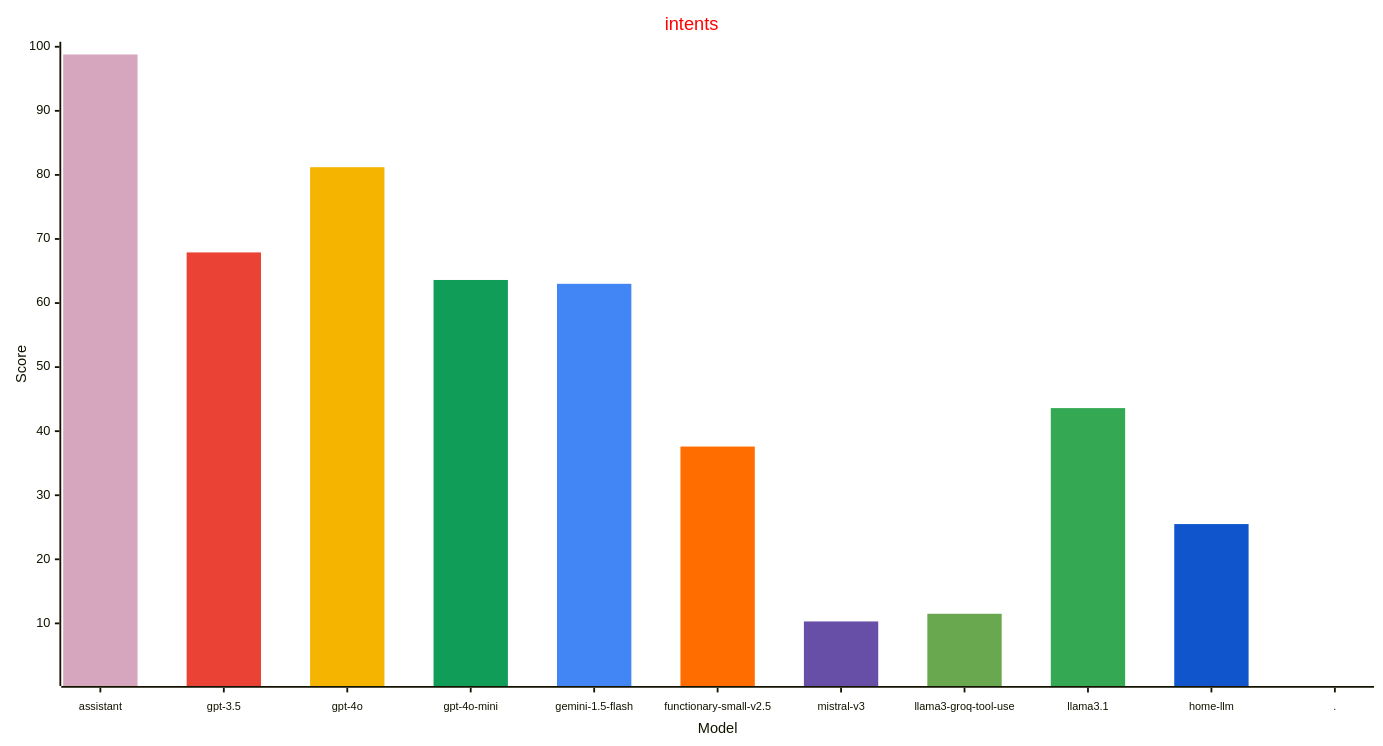
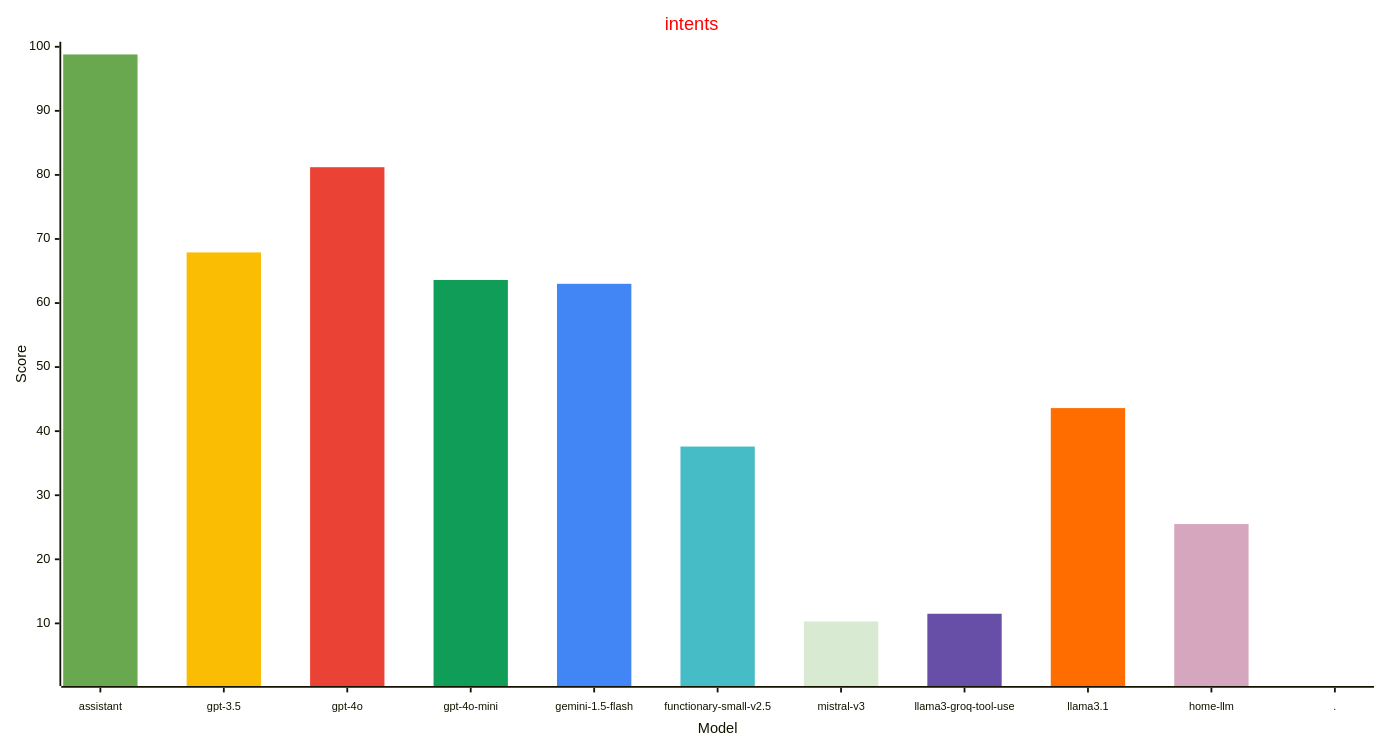
One commit to allenporter/home-assistant-datasets changed the third of 3 diagrams in reports/README.md. Above: the diagram before and after it, drawn with Mermaid. The commit also changed other lines of this file and 36 other files, not shown here.

````diff
--- a/reports/README.md
+++ b/reports/README.md
@@ -137,31 +138,31 @@
 ```mermaid
 ---
 config:
     xyChart:
         width: 1500
         height: 800
         xAxis:
           labelFontSize: 12
           labelPadding: 8
     themeVariables:
         xyChart:
             titleColor: "#ff0000"
-            plotColorPalette: "#d5a6bd, #ea4335, #f4b400, #0f9d58, #4285f4, #ff6d01, #674ea7, #6aa84f, #34a853, #1155cc, #4285f4"
+            plotColorPalette: "#6aa84f, #fbbc04, #ea4335, #0f9d58, #4285f4, #46bdc6, #d9ead3, #674ea7, #ff6d01, #d5a6bd, #4285f4"
 
 ---
 xychart-beta
   title "intents"
   x-axis "Model" [assistant, gpt-3.5, gpt-4o, gpt-4o-mini, gemini-1.5-flash, functionary-small-v2.5, mistral-v3, llama3-groq-tool-use, llama3.1, home-llm, .]
   y-axis "Score" 1 --> 100
   bar [98.8, 0.0, 0.0, 0.0, 0.0, 0.0, 0.0, 0.0, 0.0, 0.0, 0.0]
   bar [0.0, 67.9, 0.0, 0.0, 0.0, 0.0, 0.0, 0.0, 0.0, 0.0, 0.0]
   bar [0.0, 0.0, 81.2, 0.0, 0.0, 0.0, 0.0, 0.0, 0.0, 0.0, 0.0]
   bar [0.0, 0.0, 0.0, 63.6, 0.0, 0.0, 0.0, 0.0, 0.0, 0.0, 0.0]
   bar [0.0, 0.0, 0.0, 0.0, 63.0, 0.0, 0.0, 0.0, 0.0, 0.0, 0.0]
   bar [0.0, 0.0, 0.0, 0.0, 0.0, 37.6, 0.0, 0.0, 0.0, 0.0, 0.0]
   bar [0.0, 0.0, 0.0, 0.0, 0.0, 0.0, 10.3, 0.0, 0.0, 0.0, 0.0]
   bar [0.0, 0.0, 0.0, 0.0, 0.0, 0.0, 0.0, 11.5, 0.0, 0.0, 0.0]
   bar [0.0, 0.0, 0.0, 0.0, 0.0, 0.0, 0.0, 0.0, 43.6, 0.0, 0.0]
   bar [0.0, 0.0, 0.0, 0.0, 0.0, 0.0, 0.0, 0.0, 0.0, 25.5, 0.0]
   bar [0.0, 0.0, 0.0, 0.0, 0.0, 0.0, 0.0, 0.0, 0.0, 0.0, -1.0]
 ```
````
